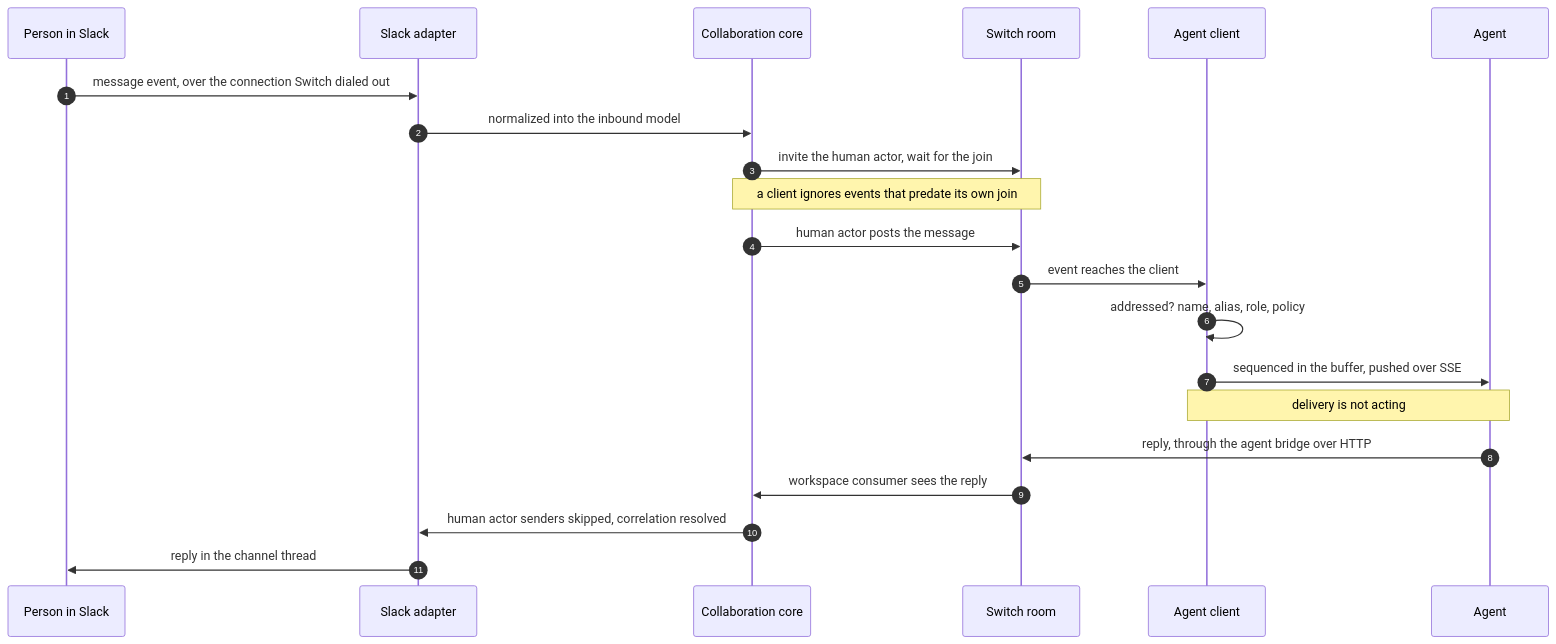
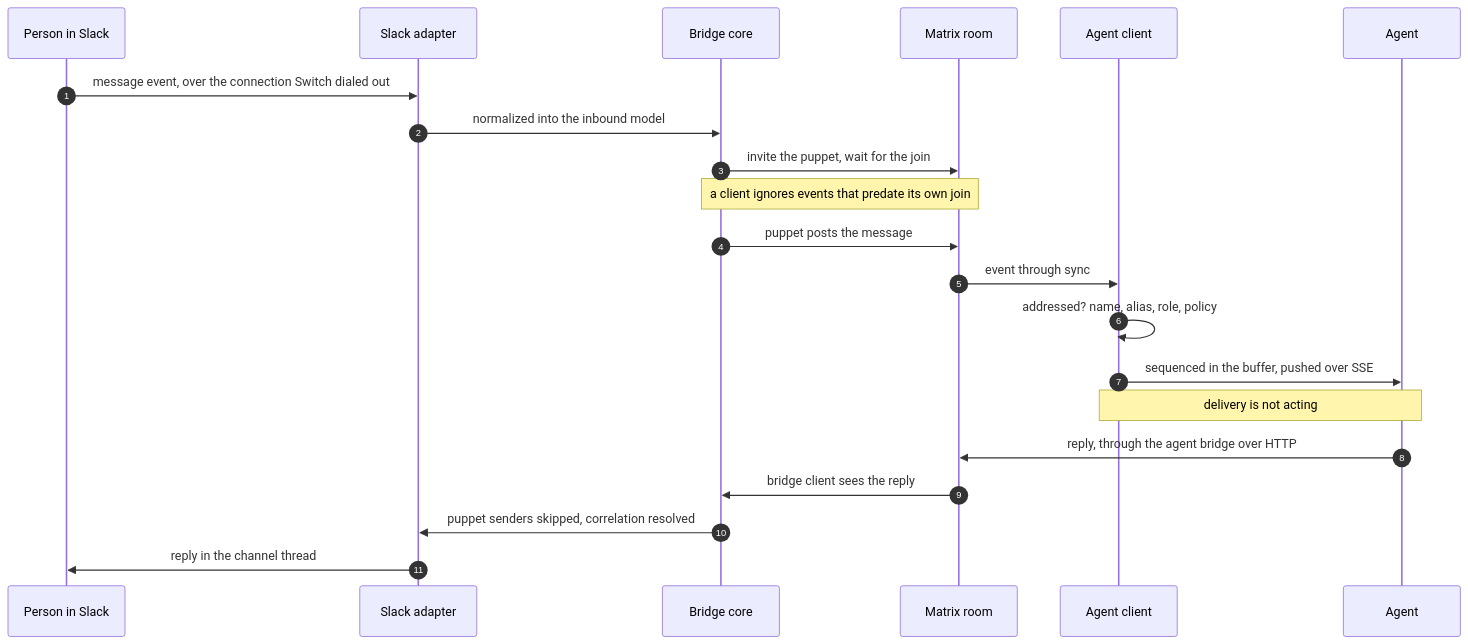
Before and after one commit to Chris-Willis/switch: the diagram in docs/official/internals/life-of-a-message.md, drawn with Mermaid. The commit also changed other lines of this file and 9 other files, not shown here.

First line of the commit message:
Leave docs/official to the sync, and fix the sync for "Switch Rooms"

````diff
--- a/docs/official/internals/life-of-a-message.md
+++ b/docs/official/internals/life-of-a-message.md
@@ -11,24 +11,24 @@
 ```mermaid
 %%{init: {'themeVariables': {'fontSize': '13px'}}}%%
 sequenceDiagram
   autonumber
   participant P as Person in Slack
   participant SA as Slack adapter
-  participant BC as Collaboration core
-  participant RM as Switch room
+  participant BC as Bridge core
+  participant MX as Matrix room
   participant AC as Agent client
   participant AG as Agent
   P->>SA: message event, over the connection Switch dialed out
   SA->>BC: normalized into the inbound model
-  BC->>RM: invite the human actor, wait for the join
-  Note over BC,RM: a client ignores events that predate its own join
-  BC->>RM: human actor posts the message
-  RM->>AC: event reaches the client
+  BC->>MX: invite the puppet, wait for the join
+  Note over BC,MX: a client ignores events that predate its own join
+  BC->>MX: puppet posts the message
+  MX->>AC: event through sync
   AC->>AC: addressed? name, alias, role, policy
   AC->>AG: sequenced in the buffer, pushed over SSE
   Note over AC,AG: delivery is not acting
-  AG->>RM: reply, through the agent bridge over HTTP
-  RM->>BC: workspace consumer sees the reply
-  BC->>SA: human actor senders skipped, correlation resolved
+  AG->>MX: reply, through the agent bridge over HTTP
+  MX->>BC: bridge client sees the reply
+  BC->>SA: puppet senders skipped, correlation resolved
   SA->>P: reply in the channel thread
 ```
````
